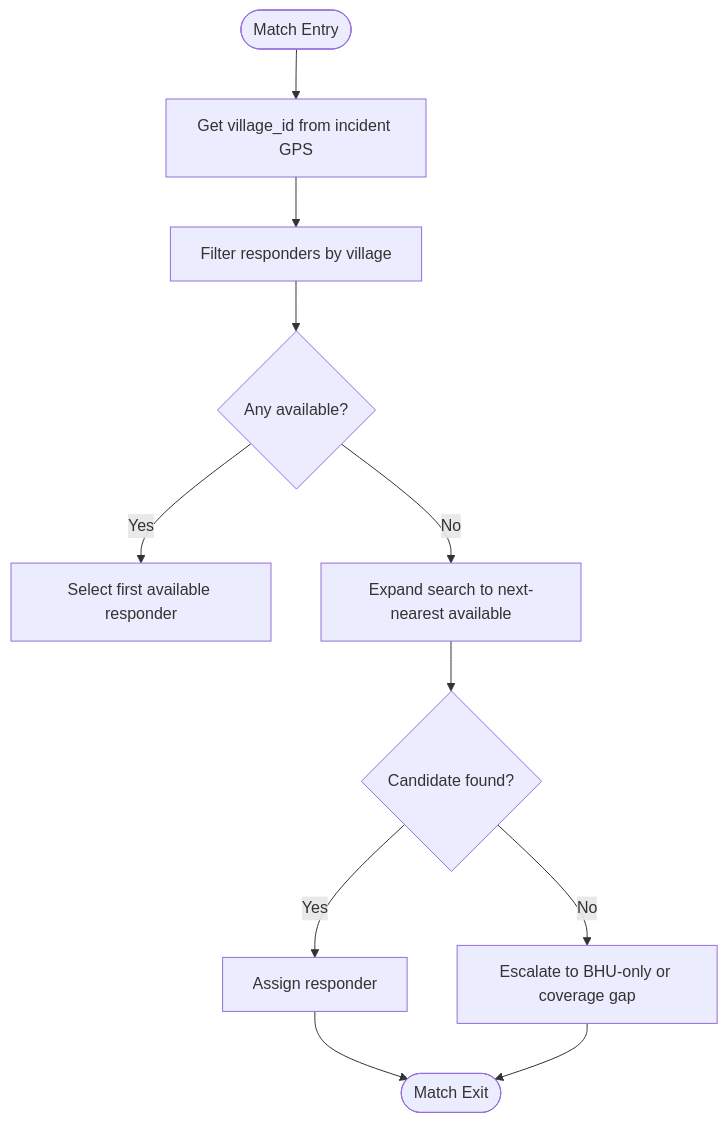
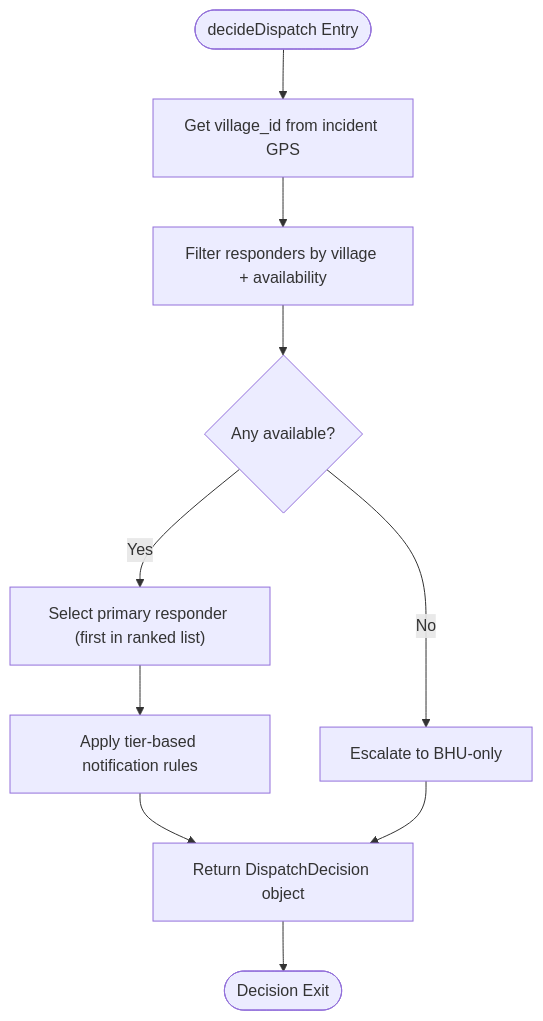
The third of 8 diagrams in .qoder/repowiki/en/content/Matching & Dispatch Engine.md (M-Rumman/LifeLine-Ride), drawn with Mermaid before and after one commit. The commit also changed other lines of this file and 46 other files, not shown here.

````diff
--- a/.qoder/repowiki/en/content/Matching & Dispatch Engine.md
+++ b/.qoder/repowiki/en/content/Matching & Dispatch Engine.md
@@ -122,13 +154,12 @@
 ```mermaid
 flowchart TD
-Start(["Match Entry"]) --> GetVillage["Get village_id from incident GPS"]
-GetVillage --> FilterByVillage["Filter responders by village"]
-FilterByVillage --> CheckAvailability{"Any available?"}
-CheckAvailability --> |Yes| SelectFirst["Select first available responder"]
-CheckAvailability --> |No| NextNearest["Expand search to next-nearest available"]
-NextNearest --> HasCandidate{"Candidate found?"}
-HasCandidate --> |Yes| Assign["Assign responder"]
-HasCandidate --> |No| Escalate["Escalate to BHU-only or coverage gap"]
-Assign --> End(["Match Exit"])
-Escalate --> End
+Start(["decideDispatch Entry"]) --> GetVillage["Get village_id from incident GPS"]
+GetVillage --> FilterResponders["Filter responders by village + availability"]
+FilterResponders --> CheckAvailable{"Any available?"}
+CheckAvailable --> |No| EscalateBHU["Escalate to BHU-only"]
+CheckAvailable --> |Yes| SelectPrimary["Select primary responder (first in ranked list)"]
+SelectPrimary --> ApplyTier["Apply tier-based notification rules"]
+ApplyTier --> ReturnDecision["Return DispatchDecision object"]
+EscalateBHU --> ReturnDecision
+ReturnDecision --> End(["Decision Exit"])
 ```
````
